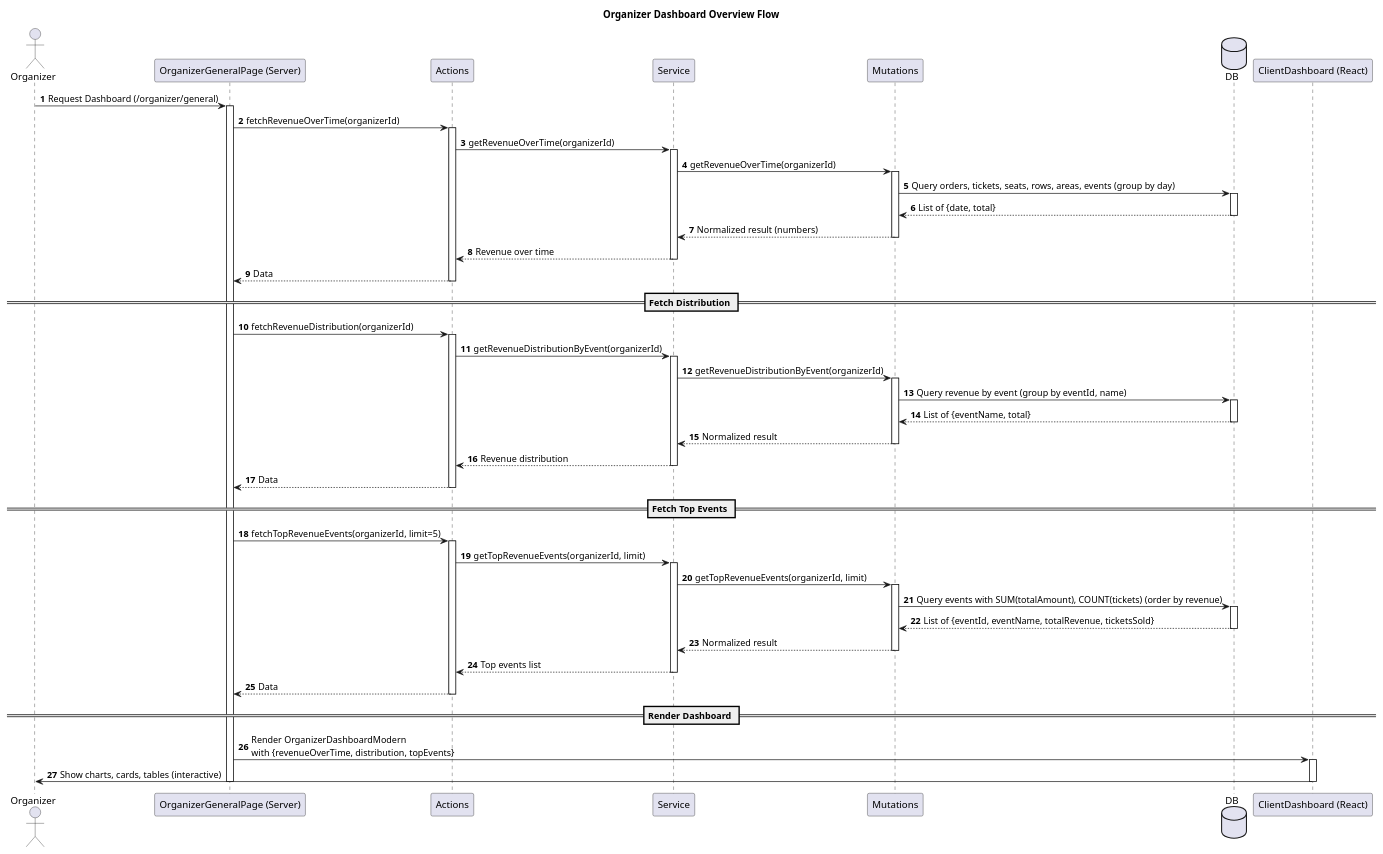
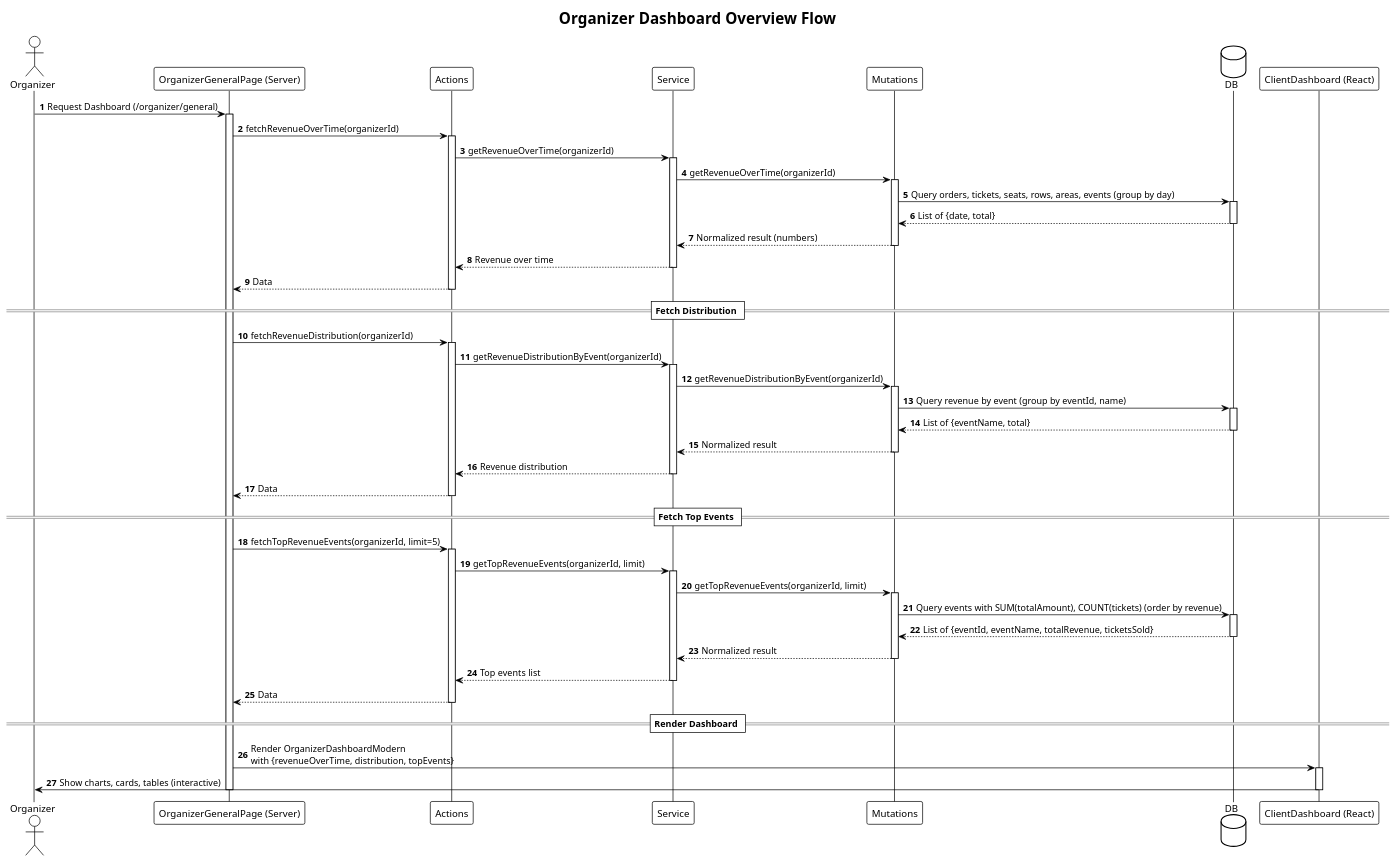
One commit to VieTicket/vieticket-monorepo changed the diagram in puml/organizer/dashboard_organizer.puml. Above: the diagram before and after it, drawn with PlantUML. The commit also changed 1 other file, not shown here.

Commit message:
Added UML for orgnaizer dashboard and edit event

```diff
--- a/puml/organizer/dashboard_organizer.puml
+++ b/puml/organizer/dashboard_organizer.puml
@@ -1,77 +1,78 @@
 @startuml
 title Organizer Dashboard Overview Flow
+!theme plain
 autonumber
 actor Organizer
 participant "OrganizerGeneralPage (Server)" as Page
 participant "Actions" as Actions
 participant "Service" as Service
 participant "Mutations" as Mutations
 database "DB" as DB
 participant "ClientDashboard (React)" as Dashboard
 
 
 
 Organizer -> Page: Request Dashboard (/organizer/general)
 activate Page
 
 Page -> Actions: fetchRevenueOverTime(organizerId)
 activate Actions
 Actions -> Service: getRevenueOverTime(organizerId)
 activate Service
 Service -> Mutations: getRevenueOverTime(organizerId)
 activate Mutations
 Mutations -> DB: Query orders, tickets, seats, rows, areas, events (group by day)
 activate DB
 DB --> Mutations: List of {date, total}
 deactivate DB
 Mutations --> Service: Normalized result (numbers)
 deactivate Mutations
 Service --> Actions: Revenue over time
 deactivate Service
 Actions --> Page: Data
 deactivate Actions
 
 == Fetch Distribution ==
 Page -> Actions: fetchRevenueDistribution(organizerId)
 activate Actions
 Actions -> Service: getRevenueDistributionByEvent(organizerId)
 activate Service
 Service -> Mutations: getRevenueDistributionByEvent(organizerId)
 activate Mutations
 Mutations -> DB: Query revenue by event (group by eventId, name)
 activate DB
 DB --> Mutations: List of {eventName, total}
 deactivate DB
 Mutations --> Service: Normalized result
 deactivate Mutations
 Service --> Actions: Revenue distribution
 deactivate Service
 Actions --> Page: Data
 deactivate Actions
 
 == Fetch Top Events ==
 Page -> Actions: fetchTopRevenueEvents(organizerId, limit=5)
 activate Actions
 Actions -> Service: getTopRevenueEvents(organizerId, limit)
 activate Service
 Service -> Mutations: getTopRevenueEvents(organizerId, limit)
 activate Mutations
 Mutations -> DB: Query events with SUM(totalAmount), COUNT(tickets) (order by revenue)
 activate DB
 DB --> Mutations: List of {eventId, eventName, totalRevenue, ticketsSold}
 deactivate DB
 Mutations --> Service: Normalized result
 deactivate Mutations
 Service --> Actions: Top events list
 deactivate Service
 Actions --> Page: Data
 deactivate Actions
 
 == Render Dashboard ==
 Page -> Dashboard: Render OrganizerDashboardModern\nwith {revenueOverTime, distribution, topEvents}
 activate Dashboard
 Dashboard -> Organizer: Show charts, cards, tables (interactive)
 deactivate Dashboard
 deactivate Page
 
 @enduml
```
